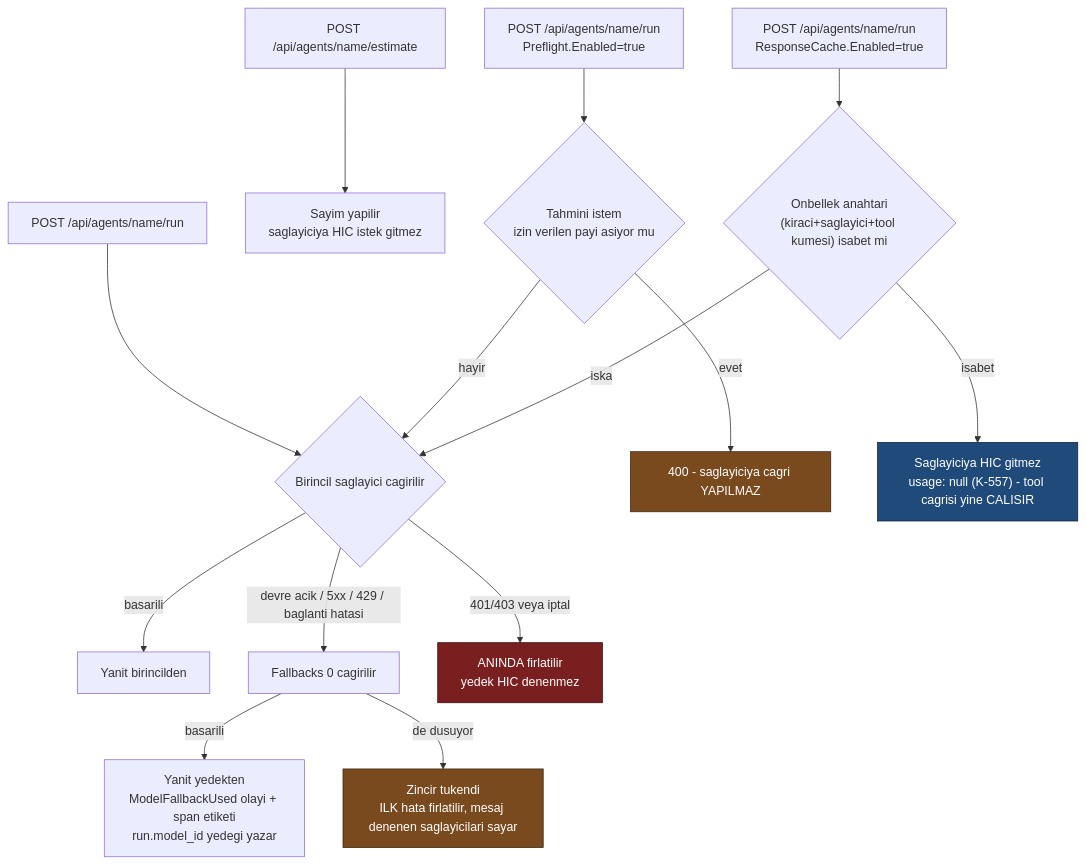
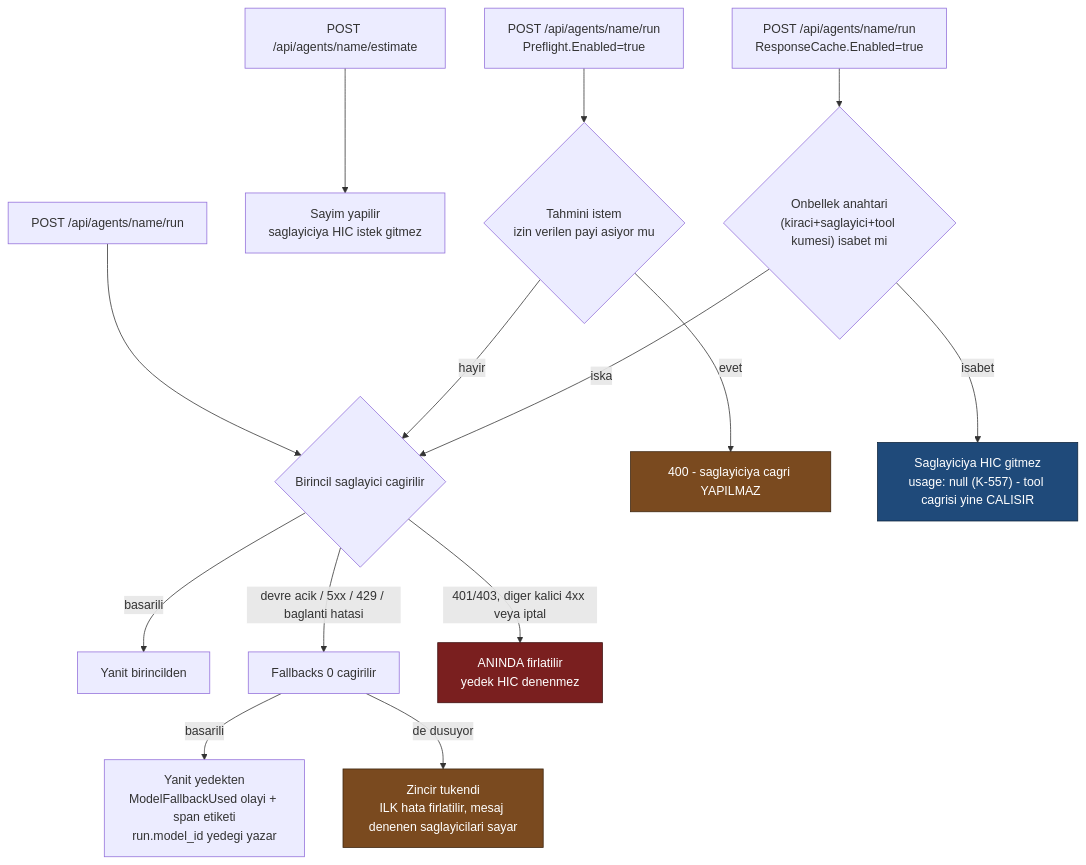
The diagram in docs/manuel-test/27-MODEL-YEDEK-VE-ON-UCUS.md (farukatasoy/Tracon), drawn with Mermaid before and after one commit. The commit also changed other lines of this file and 24 other files, not shown here.

````diff
--- a/docs/manuel-test/27-MODEL-YEDEK-VE-ON-UCUS.md
+++ b/docs/manuel-test/27-MODEL-YEDEK-VE-ON-UCUS.md
@@ -29,24 +29,24 @@
 ```mermaid
 flowchart TD
     A["POST /api/agents/name/run"] --> B{"Birincil saglayici cagirilir"}
     B -- "basarili" --> C["Yanit birincilden"]
     B -- "devre acik / 5xx / 429 / baglanti hatasi" --> D["Fallbacks 0 cagirilir"]
     D -- "basarili" --> E["Yanit yedekten<br/>ModelFallbackUsed olayi + span etiketi<br/>run.model_id yedegi yazar"]
     D -- "de dusuyor" --> F["Zincir tukendi<br/>ILK hata firlatilir, mesaj denenen saglayicilari sayar"]
-    B -- "401/403 veya iptal" --> G["ANINDA firlatilir<br/>yedek HIC denenmez"]
+    B -- "401/403, diger kalici 4xx veya iptal" --> G["ANINDA firlatilir<br/>yedek HIC denenmez"]
 
     H["POST /api/agents/name/estimate"] --> I["Sayim yapilir<br/>saglayiciya HIC istek gitmez"]
 
     J["POST /api/agents/name/run<br/>Preflight.Enabled=true"] --> K{"Tahmini istem<br/>izin verilen payi asiyor mu"}
     K -- "evet" --> L["400 - saglayiciya cagri YAPILMAZ"]
     K -- "hayir" --> B
 
     M["POST /api/agents/name/run<br/>ResponseCache.Enabled=true"] --> N{"Onbellek anahtari<br/>(kiraci+saglayici+tool kumesi) isabet mi"}
     N -- "isabet" --> O["Saglayiciya HIC gitmez<br/>usage: null (K-557) - tool cagrisi yine CALISIR"]
     N -- "iska" --> B
 
     style F fill:#7a4a1f,stroke:#3d250f,color:#ffffff
     style G fill:#7a1f1f,stroke:#3d0f0f,color:#ffffff
     style L fill:#7a4a1f,stroke:#3d250f,color:#ffffff
     style O fill:#1f4a7a,stroke:#0f253d,color:#ffffff
 ```
````
